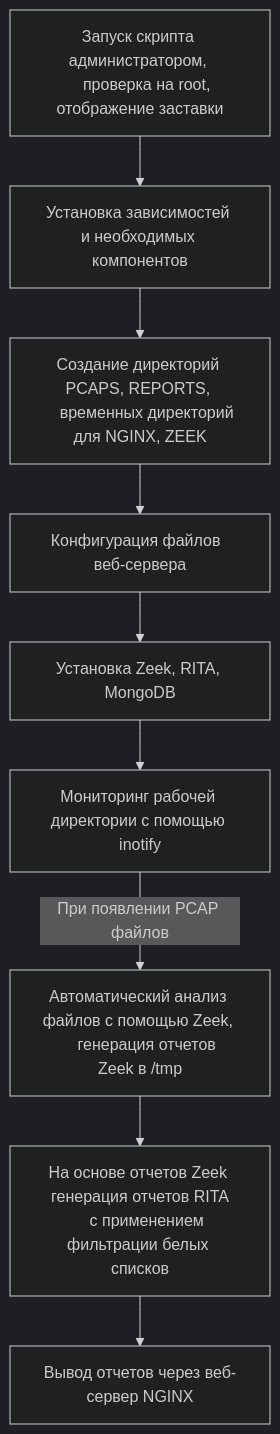
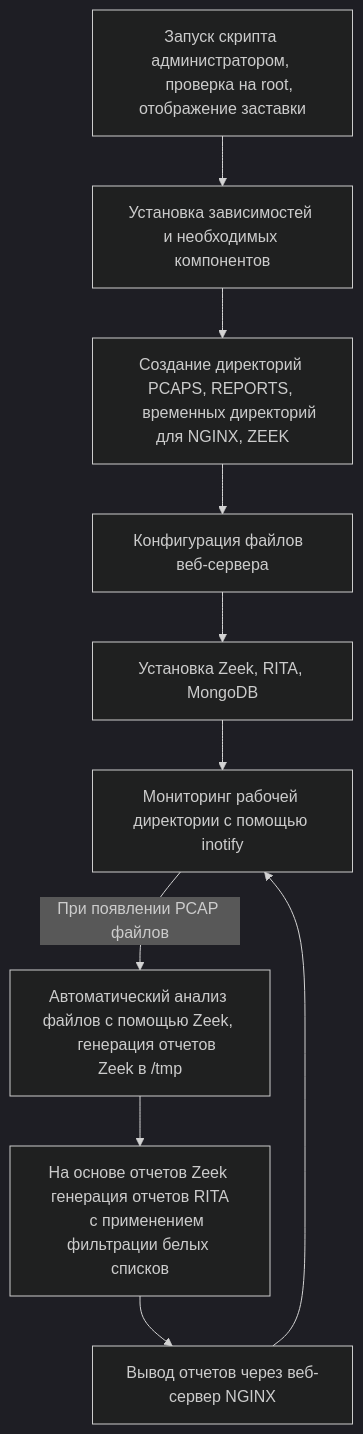
Before and after one commit to wellafl3x/infotecs_TI_automation: the first of 2 diagrams in README.md, drawn with Mermaid (dark theme).

````diff
--- a/README.md
+++ b/README.md
@@ -44,16 +44,17 @@
 ```mermaid
 graph TD;
     A[Запуск скрипта администратором, 
     проверка на root, отображение заставки] --> B[Установка зависимостей и необходимых компонентов];
     B --> C[Создание директорий PCAPS, REPORTS, 
     временных директорий для NGINX, ZEEK];
     C -->  D[Конфигурация файлов  веб-сервера];
     D --> E[Установка Zeek, RITA, MongoDB ];
     E --> F[Мониторинг рабочей директории с помощью inotify];
     F --> |При появлении PCAP файлов| G[Автоматический анализ файлов с помощью Zeek, 
     генерация отчетов Zeek в /tmp];
     G --> H[На основе отчетов Zeek генерация отчетов RITA
     с применением фильтрации белых списков];
-    H --> I[Вывод отчетов через веб-сервер NGINX];
+    H --> I[Вывод отчетов через веб-сервер NGINX]
+    I --> F;
 
 ```
````
